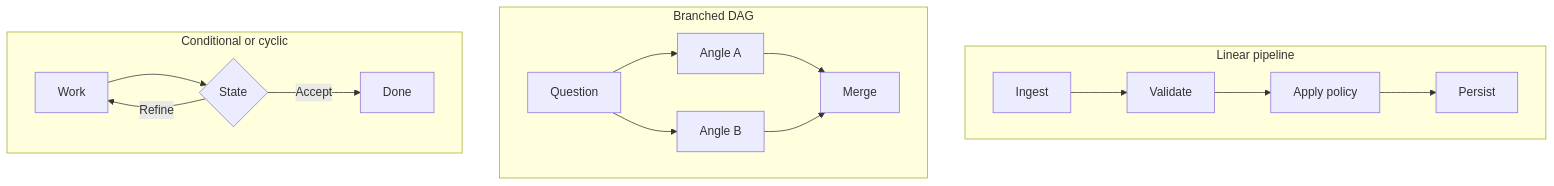
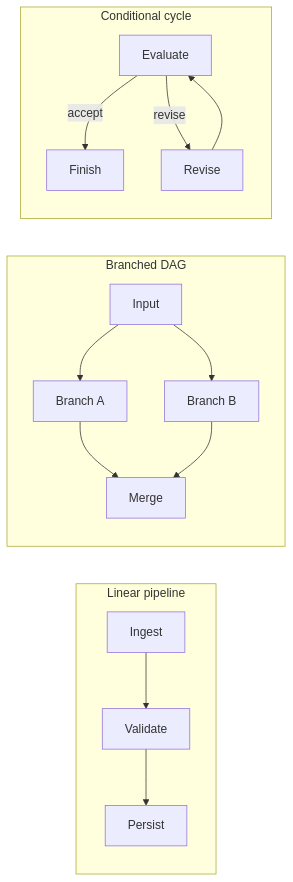
Before and after one commit to Herbertcuba/herbertcuba-personal-blog: the first of 2 diagrams in src/drafts/df3f4646.md, drawn with Mermaid. The commit also changed other lines of this file, not shown here.

Commit message:
draft(t_3af0b546): Use a Pipeline Until the Work Proves It Needs a Graph

````diff
--- a/src/drafts/df3f4646.md
+++ b/src/drafts/df3f4646.md
@@ -25,17 +14,17 @@
 ```mermaid
-flowchart TB
-  subgraph P["Linear pipeline"]
-    P1[Ingest] --> P2[Validate] --> P3[Apply policy] --> P4[Persist]
+flowchart LR
+  subgraph P[Linear pipeline]
+    P1[Ingest] --> P2[Validate] --> P3[Persist]
   end
-  subgraph D["Branched DAG"]
-    D1[Question] --> D2[Angle A]
-    D1 --> D3[Angle B]
+  subgraph D[Branched DAG]
+    D1[Input] --> D2[Branch A]
+    D1 --> D3[Branch B]
     D2 --> D4[Merge]
     D3 --> D4
   end
-  subgraph C["Conditional or cyclic"]
-    C1[Work] --> C2{State}
-    C2 -->|Accept| C3[Done]
-    C2 -->|Refine| C1
+  subgraph C[Conditional cycle]
+    C1[Evaluate] -->|accept| C2[Finish]
+    C1 -->|revise| C3[Revise]
+    C3 --> C1
   end
 ```
````
